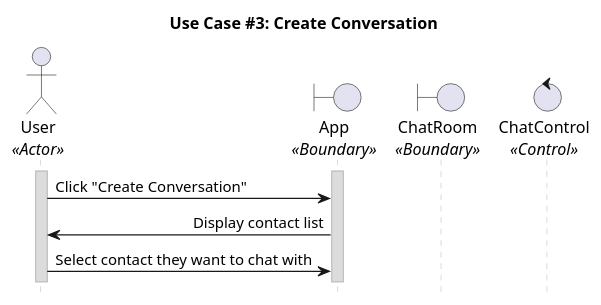
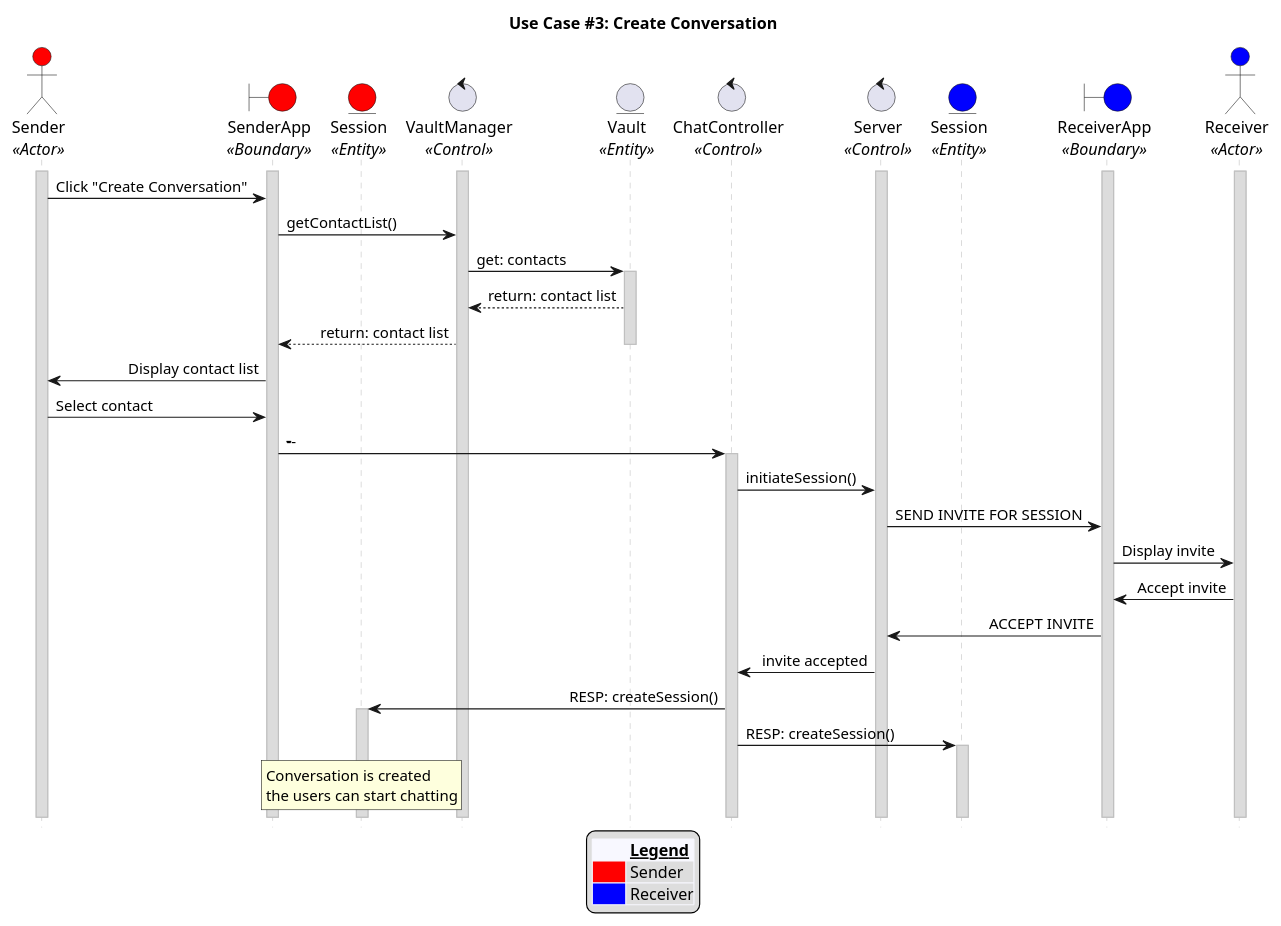
Before and after one commit to CECS-491-SP24-Group-1/seq-diagrams: the diagram in uc_03.puml, drawn with PlantUML.

```diff
--- a/uc_03.puml
+++ b/uc_03.puml
@@ -1,30 +1,75 @@
 @startuml uc03
 title "Use Case #3: Create Conversation"
 
 'Styling goes here
 hide footbox
 skinparam stereotypePosition bottom
 skinparam sequenceMessageAlign direction
 skinparam sequence {
 	LifeLineBorderColor #Silver
 	LifeLineBackgroundColor #Gainsboro
 }
 
 'Setup the objects involved here
-actor User as u <<Actor>>
-boundary App as a <<Boundary>>
-boundary ChatRoom as cr <<Boundary>>
-control ChatControl as cc <<Control>>
+actor Sender as s <<Actor>> #red
+boundary SenderApp as sa <<Boundary>> #red
+entity Session as ss <<Entity>> #red
+control VaultManager as vm <<Control>>
+entity Vault as v <<Entity>>
+control ChatController as cc <<Control>>
+control Server as srv <<Control>>
+entity Session as rs <<Entity>> #blue
+boundary ReceiverApp as ra <<Boundary>> #blue
+actor Receiver as r <<Actor>> #blue
 
 
 'Setup persistent objects here
-activate u
-activate a
+activate s
+activate srv
+activate r
+activate sa
+activate ra
+activate vm
 
+'--- FLOW OF CONTROL ENDS HERE   ---
 '--- FLOW OF CONTROL STARTS HERE ---
-u -> a: Click "Create Conversation"
-a -> u: Display contact list
-u -> a: Select contact they want to chat with
+'Sender creates a conversation and ends the request to the receiver
+s -> sa: Click "Create Conversation"
+sa -> vm: getContactList()
+vm -> v: get: contacts
+activate v
+v --> vm: return: contact list
+vm --> sa: return: contact list
+deactivate v
+
+sa -> s: Display contact list
+s -> sa: Select contact
+
+sa -> cc: ------
+activate cc
+cc -> srv: initiateSession()
+srv -> ra: SEND INVITE FOR SESSION
+ra -> r: Display invite
+r -> ra: Accept invite
+ra -> srv: ACCEPT INVITE
+srv -> cc: invite accepted
+cc -> ss: RESP: createSession()
+activate ss
+cc -> rs: RESP: createSession()
+activate rs
+
+
+
+rnote over ss
+  Conversation is created
+  the users can start chatting
+end note
+
+legend bottom
+	<#GhostWhite,#GhostWhite>|	|= __Legend__ |
+	|<#red> | Sender|
+	|<#blue> | Receiver|
+endlegend
+
 '--- FLOW OF CONTROL ENDS HERE   ---
-
 @enduml
```
